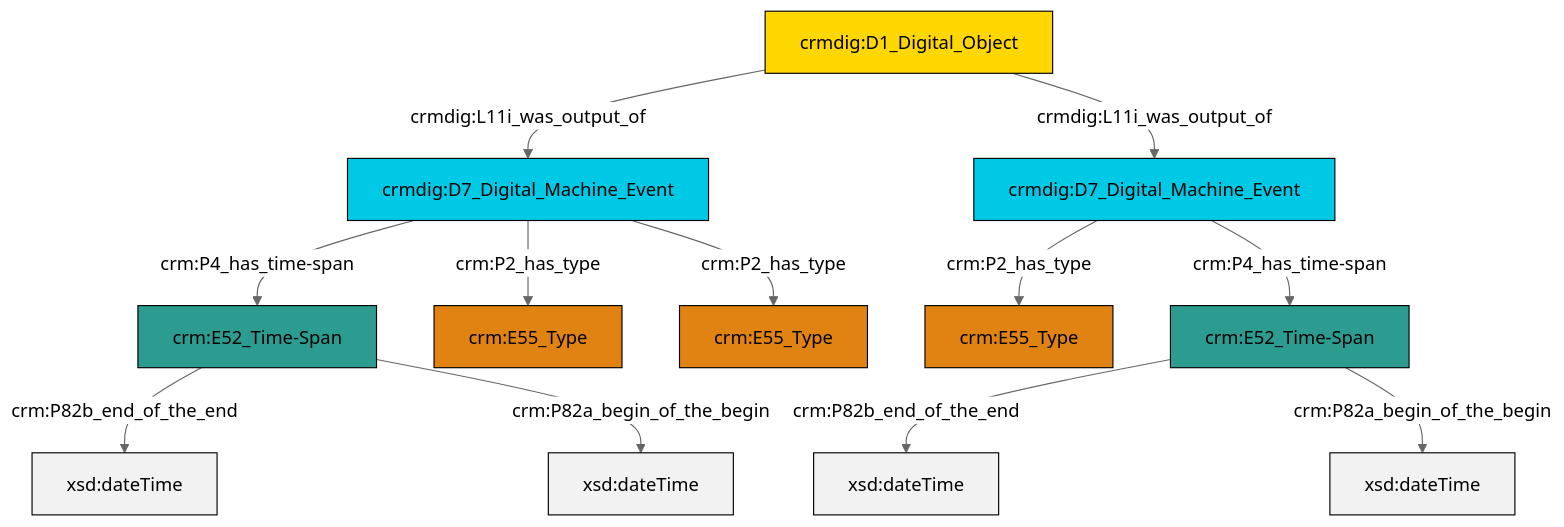
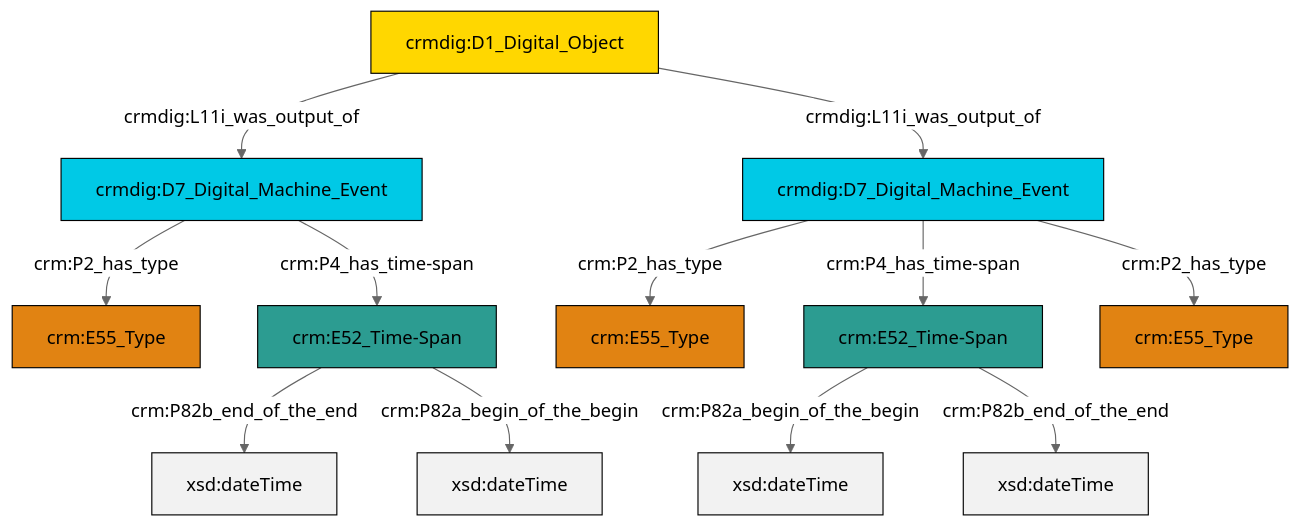
The diagram in et/doCSV/ttl/mmd/do_existence.ttl.mmd (swiss-art-research-net/docs.swissartresearch), drawn with Mermaid (neutral theme) before and after one commit. The commit also changed 207 other files, not shown here.

```diff
--- a/et/doCSV/ttl/mmd/do_existence.ttl.mmd
+++ b/et/doCSV/ttl/mmd/do_existence.ttl.mmd
@@ -1,26 +1,26 @@
 graph TD
 classDef Literal fill:#f2f2f2,stroke:#000000;
 classDef CRM_Entity fill:#FFFFFF,stroke:#000000;
 classDef Temporal_Entity fill:#00C9E6, stroke:#000000;
 classDef Type fill:#E18312, stroke:#000000;
 classDef Time-Span fill:#2C9C91, stroke:#000000;
 classDef Appellation fill:#FFEB7F, stroke:#000000;
 classDef Place fill:#008836, stroke:#000000;
 classDef Persistent_Item fill:#B266B2, stroke:#000000;
 classDef Conceptual_Object fill:#FFD700, stroke:#000000;
 classDef Physical_Thing fill:#D2B48C, stroke:#000000;
 classDef Actor fill:#f58aad, stroke:#000000;
 classDef PC_Classes fill:#4ce600, stroke:#000000;
 classDef Multi fill:#cccccc,stroke:#000000;
 
-4["crmdig:D7_Digital_Machine_Event"]:::Temporal_Entity -->|crm:P4_has_time-span| 5["crm:E52_Time-Span"]:::Time-Span
-2["crm:E52_Time-Span"]:::Time-Span -->|crm:P82b_end_of_the_end| 9[xsd:dateTime]:::Literal
-5["crm:E52_Time-Span"]:::Time-Span -->|crm:P82b_end_of_the_end| 10[xsd:dateTime]:::Literal
-11["crmdig:D1_Digital_Object"]:::Conceptual_Object -->|crmdig:L11i_was_output_of| 4["crmdig:D7_Digital_Machine_Event"]:::Temporal_Entity
-12["crmdig:D7_Digital_Machine_Event"]:::Temporal_Entity -->|crm:P2_has_type| 0["crm:E55_Type"]:::Type
-5["crm:E52_Time-Span"]:::Time-Span -->|crm:P82a_begin_of_the_begin| 15[xsd:dateTime]:::Literal
-12["crmdig:D7_Digital_Machine_Event"]:::Temporal_Entity -->|crm:P4_has_time-span| 2["crm:E52_Time-Span"]:::Time-Span
-2["crm:E52_Time-Span"]:::Time-Span -->|crm:P82a_begin_of_the_begin| 19[xsd:dateTime]:::Literal
-4["crmdig:D7_Digital_Machine_Event"]:::Temporal_Entity -->|crm:P2_has_type| 13["crm:E55_Type"]:::Type
-11["crmdig:D1_Digital_Object"]:::Conceptual_Object -->|crmdig:L11i_was_output_of| 12["crmdig:D7_Digital_Machine_Event"]:::Temporal_Entity
-4["crmdig:D7_Digital_Machine_Event"]:::Temporal_Entity -->|crm:P2_has_type| 7["crm:E55_Type"]:::Type
+4["crmdig:D1_Digital_Object"]:::Conceptual_Object -->|crmdig:L11i_was_output_of| 0["crmdig:D7_Digital_Machine_Event"]:::Temporal_Entity
+2["crmdig:D7_Digital_Machine_Event"]:::Temporal_Entity -->|crm:P2_has_type| 5["crm:E55_Type"]:::Type
+8["crm:E52_Time-Span"]:::Time-Span -->|crm:P82b_end_of_the_end| 9[xsd:dateTime]:::Literal
+2["crmdig:D7_Digital_Machine_Event"]:::Temporal_Entity -->|crm:P4_has_time-span| 10["crm:E52_Time-Span"]:::Time-Span
+10["crm:E52_Time-Span"]:::Time-Span -->|crm:P82a_begin_of_the_begin| 13[xsd:dateTime]:::Literal
+4["crmdig:D1_Digital_Object"]:::Conceptual_Object -->|crmdig:L11i_was_output_of| 2["crmdig:D7_Digital_Machine_Event"]:::Temporal_Entity
+0["crmdig:D7_Digital_Machine_Event"]:::Temporal_Entity -->|crm:P2_has_type| 6["crm:E55_Type"]:::Type
+8["crm:E52_Time-Span"]:::Time-Span -->|crm:P82a_begin_of_the_begin| 16[xsd:dateTime]:::Literal
+0["crmdig:D7_Digital_Machine_Event"]:::Temporal_Entity -->|crm:P4_has_time-span| 8["crm:E52_Time-Span"]:::Time-Span
+2["crmdig:D7_Digital_Machine_Event"]:::Temporal_Entity -->|crm:P2_has_type| 11["crm:E55_Type"]:::Type
+10["crm:E52_Time-Span"]:::Time-Span -->|crm:P82b_end_of_the_end| 20[xsd:dateTime]:::Literal
```
